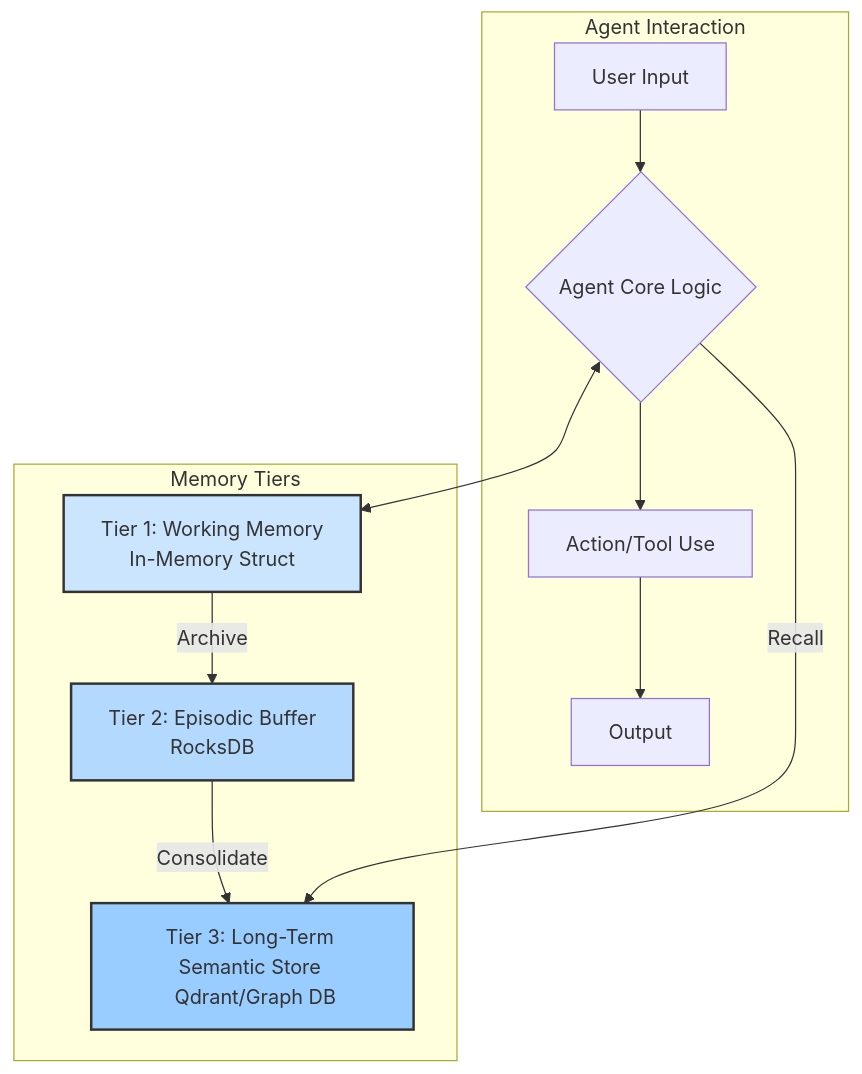
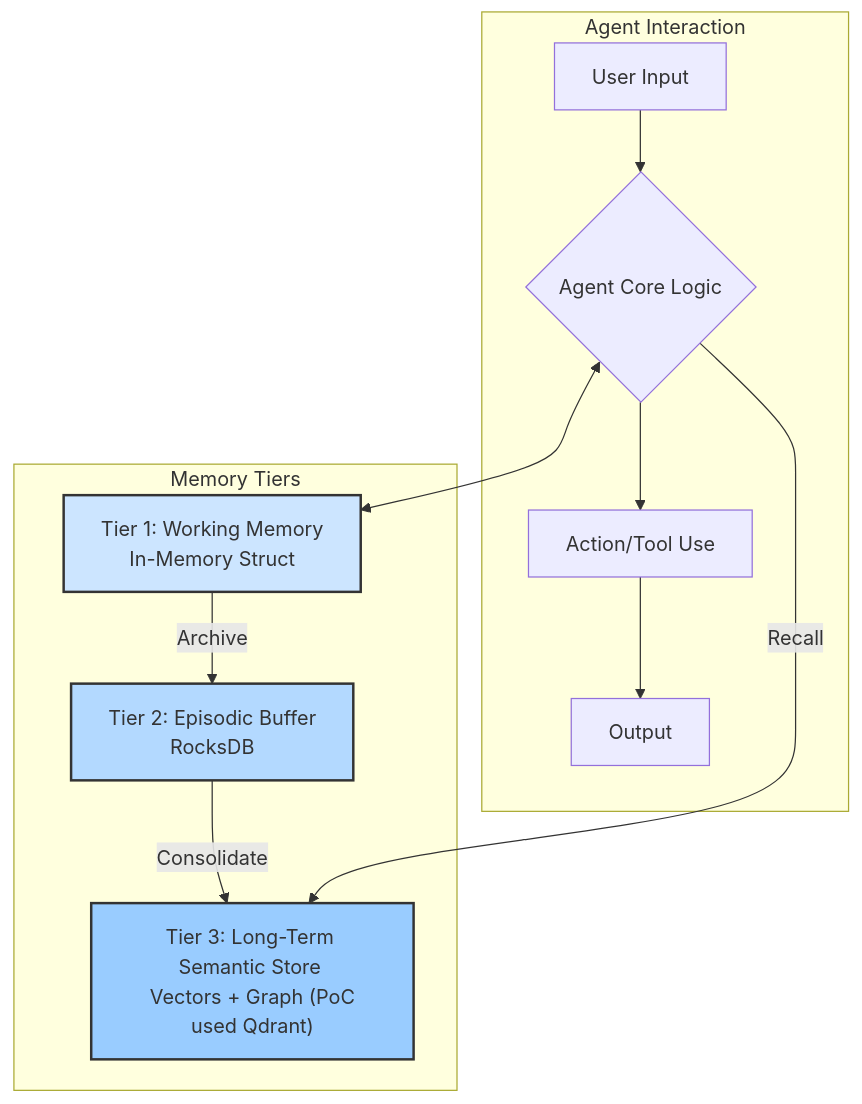
One commit to yarenty/kowalski changed the diagram in docs/article_memory.md. Above: the diagram before and after it, drawn with Mermaid. The commit also changed other lines of this file and 16 other files, not shown here.

````diff
--- a/docs/article_memory.md
+++ b/docs/article_memory.md
@@ -29,23 +31,23 @@
 ```mermaid
 graph TD
     subgraph Agent Interaction
         A["User Input"] --> B{"Agent Core Logic"};
         B --> C["Action/Tool Use"];
         C --> D["Output"];
     end
 
     subgraph Memory Tiers
         T1["Tier 1: Working Memory <br> In-Memory Struct"]
         T2["Tier 2: Episodic Buffer <br> RocksDB"]
-        T3["Tier 3: Long-Term Semantic Store <br> Qdrant/Graph DB"]
+        T3["Tier 3: Long-Term Semantic Store <br> Vectors + Graph (PoC used Qdrant)"]
     end
 
     B <--> T1;
     T1 -- Archive --> T2;
     T2 -- Consolidate --> T3;
     B -- Recall --> T3;
 
     style T1 fill:#cce5ff,stroke:#333,stroke-width:2px
     style T2 fill:#b3d9ff,stroke:#333,stroke-width:2px
     style T3 fill:#99ccff,stroke:#333,stroke-width:2px
 ```
````
